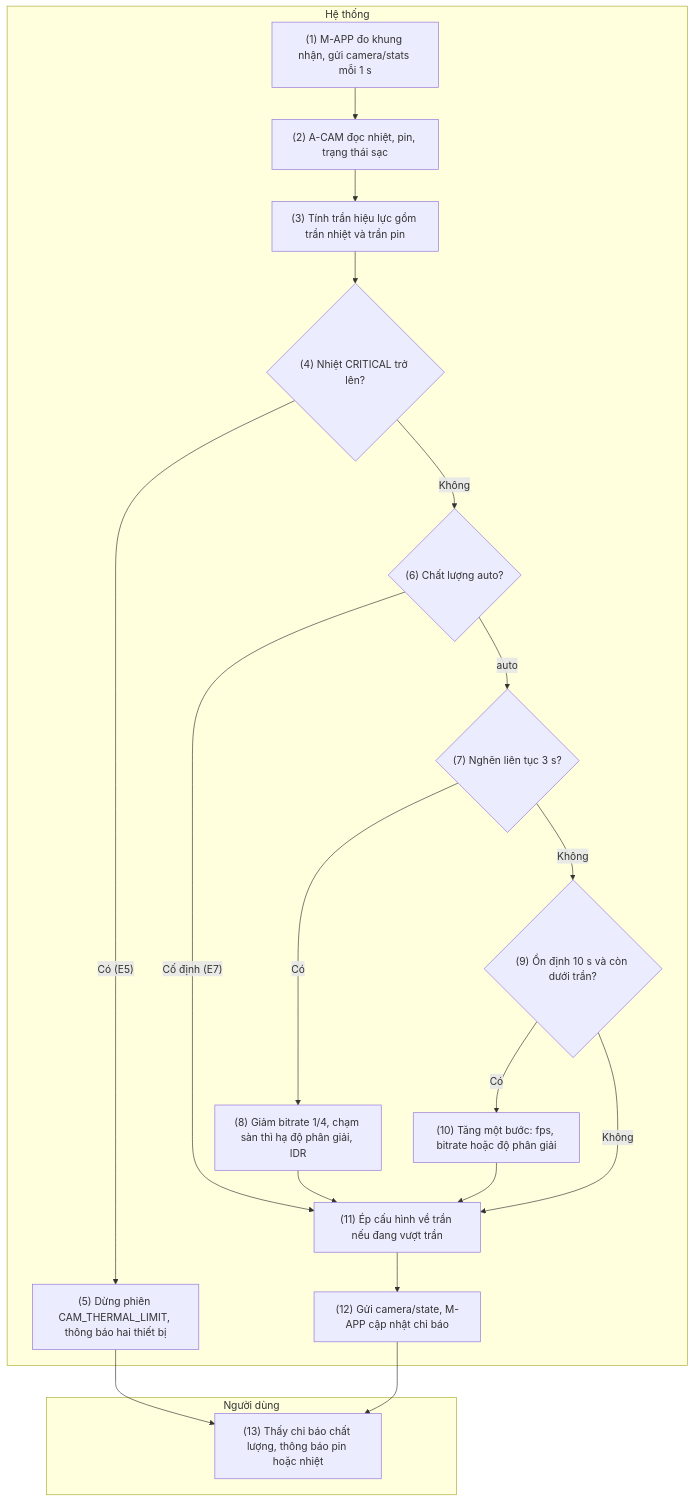
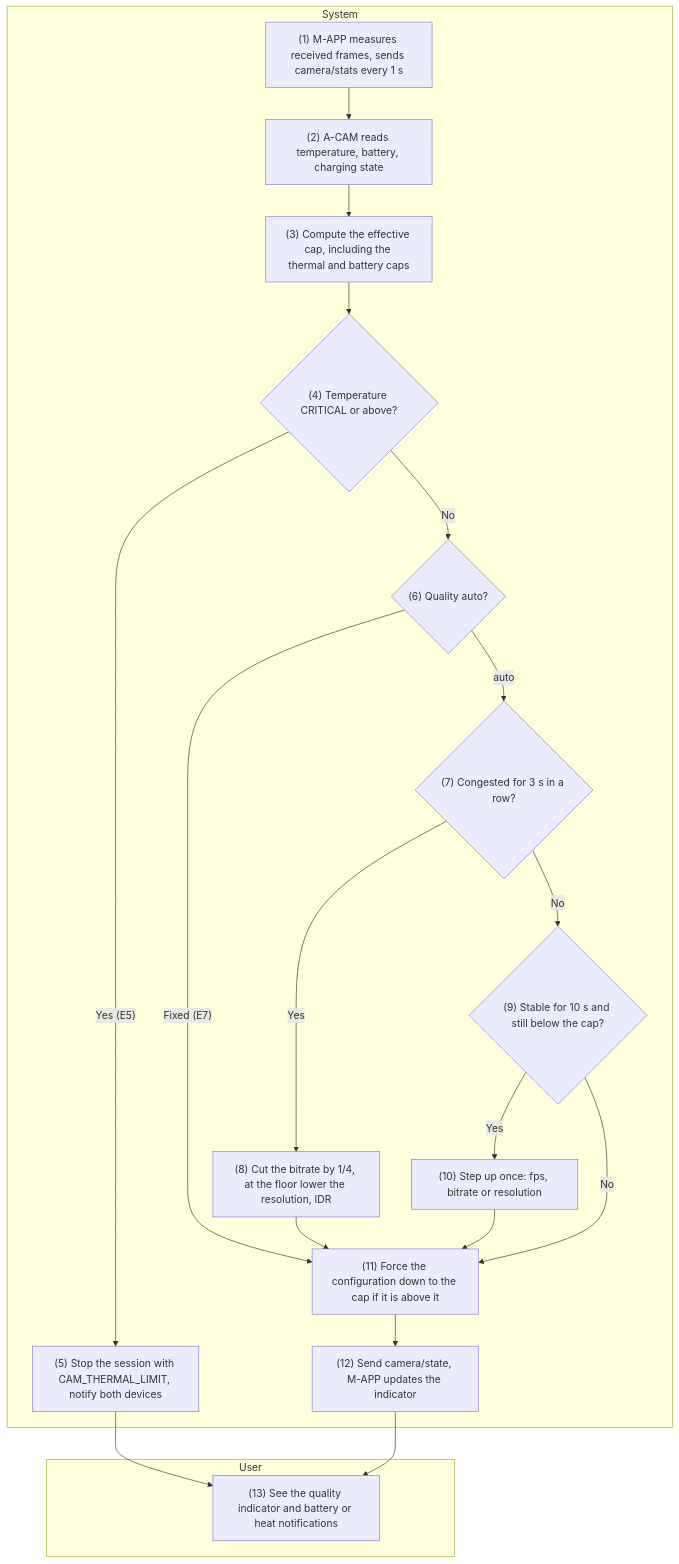
Before and after one commit to HandLive/handlive: the fifth of 5 diagrams in docs/detailed-design/08-camera-mic.md, drawn with Mermaid. The commit also changed other lines of this file and 1 other file, not shown here.

Commit message:
docs: translate docs/detailed-design/08-camera-mic.md into English

````diff
--- a/docs/detailed-design/08-camera-mic.md
+++ b/docs/detailed-design/08-camera-mic.md
@@ -1543,30 +1594,30 @@
 ```mermaid
 flowchart TB
-  subgraph ND["Người dùng"]
-    U13["(13) Thấy chỉ báo chất lượng, thông báo pin hoặc nhiệt"]
+  subgraph ND["User"]
+    U13["(13) See the quality indicator and battery or heat notifications"]
   end
-  subgraph HT["Hệ thống"]
-    S1["(1) M-APP đo khung nhận, gửi camera/stats mỗi 1 s"]
-    S2["(2) A-CAM đọc nhiệt, pin, trạng thái sạc"]
-    S3["(3) Tính trần hiệu lực gồm trần nhiệt và trần pin"]
-    D4{"(4) Nhiệt CRITICAL trở lên?"}
-    S5["(5) Dừng phiên CAM_THERMAL_LIMIT, thông báo hai thiết bị"]
-    D6{"(6) Chất lượng auto?"}
-    D7{"(7) Nghẽn liên tục 3 s?"}
-    S8["(8) Giảm bitrate 1/4, chạm sàn thì hạ độ phân giải, IDR"]
-    D9{"(9) Ổn định 10 s và còn dưới trần?"}
-    S10["(10) Tăng một bước: fps, bitrate hoặc độ phân giải"]
-    S11["(11) Ép cấu hình về trần nếu đang vượt trần"]
-    S12["(12) Gửi camera/state, M-APP cập nhật chỉ báo"]
+  subgraph HT["System"]
+    S1["(1) M-APP measures received frames, sends camera/stats every 1 s"]
+    S2["(2) A-CAM reads temperature, battery, charging state"]
+    S3["(3) Compute the effective cap, including the thermal and battery caps"]
+    D4{"(4) Temperature CRITICAL or above?"}
+    S5["(5) Stop the session with CAM_THERMAL_LIMIT, notify both devices"]
+    D6{"(6) Quality auto?"}
+    D7{"(7) Congested for 3 s in a row?"}
+    S8["(8) Cut the bitrate by 1/4, at the floor lower the resolution, IDR"]
+    D9{"(9) Stable for 10 s and still below the cap?"}
+    S10["(10) Step up once: fps, bitrate or resolution"]
+    S11["(11) Force the configuration down to the cap if it is above it"]
+    S12["(12) Send camera/state, M-APP updates the indicator"]
   end
   S1 --> S2 --> S3 --> D4
-  D4 -- "Có (E5)" --> S5 --> U13
-  D4 -- "Không" --> D6
+  D4 -- "Yes (E5)" --> S5 --> U13
+  D4 -- "No" --> D6
   D6 -- "auto" --> D7
-  D6 -- "Cố định (E7)" --> S11
-  D7 -- "Có" --> S8 --> S11
-  D7 -- "Không" --> D9
-  D9 -- "Có" --> S10 --> S11
-  D9 -- "Không" --> S11
+  D6 -- "Fixed (E7)" --> S11
+  D7 -- "Yes" --> S8 --> S11
+  D7 -- "No" --> D9
+  D9 -- "Yes" --> S10 --> S11
+  D9 -- "No" --> S11
   S11 --> S12 --> U13
 ```
````
